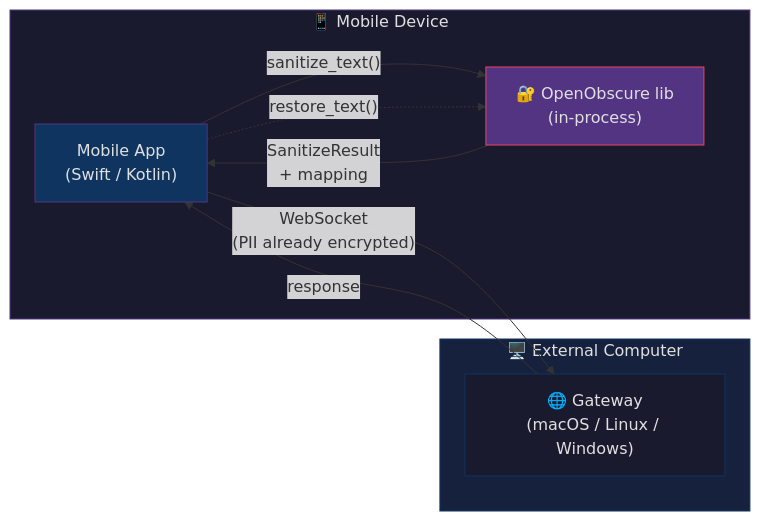
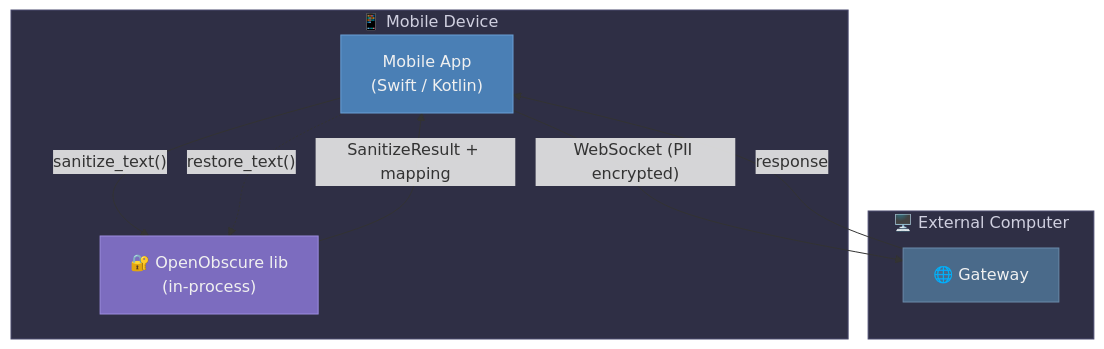
Before and after one commit to OpenObscure/OpenObscure: the second of 5 diagrams in README.md, drawn with Mermaid. The commit also changed other lines of this file and 7 other files, not shown here.

First line of the commit message:
Improve diagrams, screenshot, and repo hygiene

````diff
--- a/README.md
+++ b/README.md
@@ -43,23 +43,23 @@
 ```mermaid
-flowchart LR
+flowchart TB
     subgraph phone ["📱 Mobile Device"]
-        app["Mobile App\n(Swift / Kotlin)"]
-        lib["🔐 OpenObscure lib\n(in-process)"]
+        app["Mobile App<br>(Swift / Kotlin)"]
+        lib["🔐 OpenObscure lib<br>(in-process)"]
         app -- "sanitize_text()" --> lib
-        lib -- "SanitizeResult\n+ mapping" --> app
+        lib -- "SanitizeResult + mapping" --> app
     end
 
-    subgraph remote ["🖥️ External Computer"]
-        gw["🌐 Gateway\n(macOS / Linux / Windows)"]
-    end
-
-    app -- "WebSocket\n(PII already encrypted)" --> gw
+    app -- "WebSocket (PII encrypted)" --> gw
     gw -- "response" --> app
     app -. "restore_text()" .-> lib
 
-    style phone fill:#1a1a2e,stroke:#533483,color:#e0e0e0
-    style app fill:#0f3460,stroke:#533483,color:#e0e0e0
-    style lib fill:#533483,stroke:#e94560,color:#e0e0e0
-    style remote fill:#16213e,stroke:#0f3460,color:#e0e0e0
-    style gw fill:#1a1a2e,stroke:#0f3460,color:#e0e0e0
+    subgraph remote ["🖥️ External Computer"]
+        gw["🌐 Gateway"]
+    end
+
+    style phone fill:#2f2f45,stroke:#4a4a6e,color:#d0d0e0
+    style app fill:#4a7fb5,stroke:#6a9fd5,color:#f0f0f0
+    style lib fill:#7c6cbf,stroke:#9c8cdf,color:#f0f0f0
+    style remote fill:#2f2f45,stroke:#4a4a6e,color:#d0d0e0
+    style gw fill:#4a6a8a,stroke:#6a8aaa,color:#f0f0f0
 ```
````
